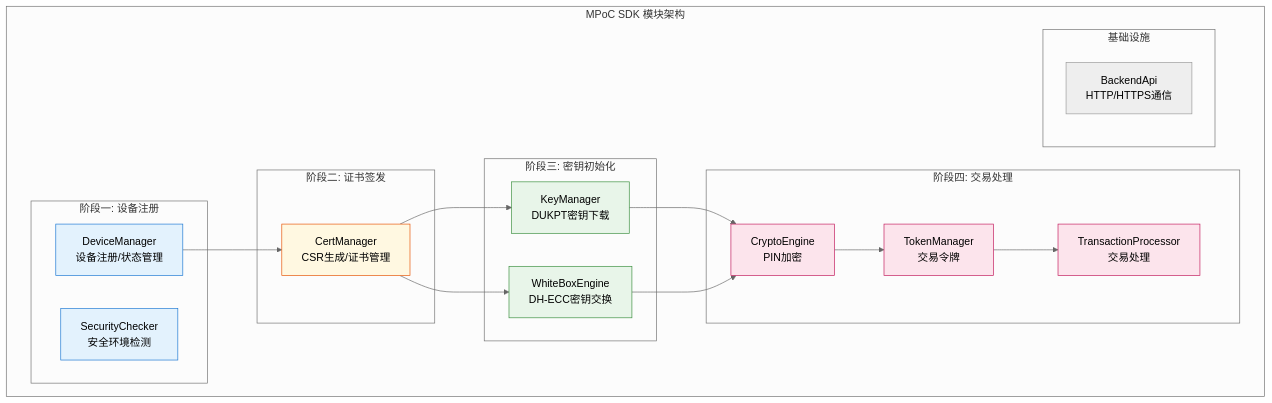
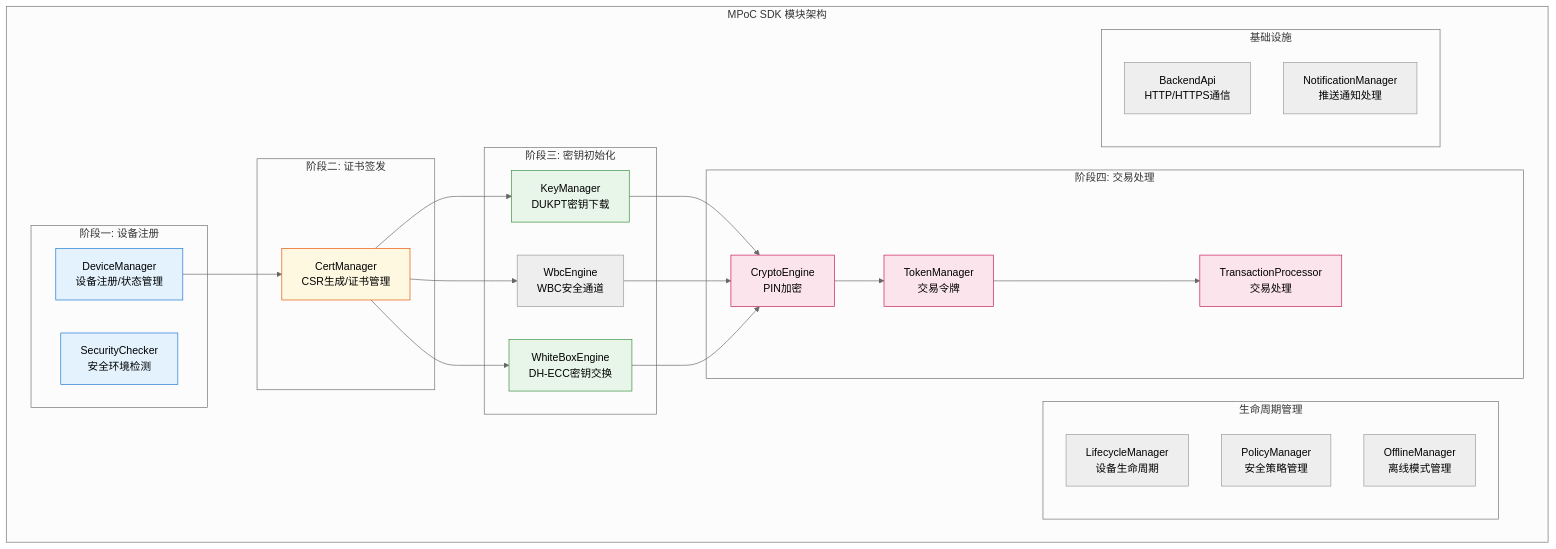
The second of 22 diagrams in solution/MPOC_SDK_API_GUIDE.md (kevinwangl/sunbay-softpos-docs), drawn with Mermaid (neutral theme) before and after one commit. The commit also changed other lines of this file, not shown here.

````diff
--- a/solution/MPOC_SDK_API_GUIDE.md
+++ b/solution/MPOC_SDK_API_GUIDE.md
@@ -161,45 +270,55 @@
 ```mermaid
 graph TB
     subgraph "MPoC SDK 模块架构"
         subgraph "阶段一: 设备注册"
             DM[DeviceManager<br/>设备注册/状态管理]
             SC[SecurityChecker<br/>安全环境检测]
         end
         
         subgraph "阶段二: 证书签发"
             CM[CertManager<br/>CSR生成/证书管理]
         end
         
         subgraph "阶段三: 密钥初始化"
             KM[KeyManager<br/>DUKPT密钥下载]
+            WE[WbcEngine<br/>WBC安全通道]
             WB[WhiteBoxEngine<br/>DH-ECC密钥交换]
         end
         
         subgraph "阶段四: 交易处理"
             CE[CryptoEngine<br/>PIN加密]
             TM[TokenManager<br/>交易令牌]
             TP[TransactionProcessor<br/>交易处理]
         end
         
+        subgraph "生命周期管理"
+            LM[LifecycleManager<br/>设备生命周期]
+            PM[PolicyManager<br/>安全策略管理]
+            OM[OfflineManager<br/>离线模式管理]
+        end
+        
         subgraph "基础设施"
             BA[BackendApi<br/>HTTP/HTTPS通信]
+            NM[NotificationManager<br/>推送通知处理]
         end
     end
     
     DM --> CM
     CM --> KM
+    CM --> WE
     CM --> WB
     KM --> CE
+    WE --> CE
     WB --> CE
     CE --> TM
     TM --> TP
     
     style DM fill:#e3f2fd,stroke:#1976d2
     style SC fill:#e3f2fd,stroke:#1976d2
     style CM fill:#fff8e1,stroke:#e65100
     style KM fill:#e8f5e9,stroke:#388e3c
     style WB fill:#e8f5e9,stroke:#388e3c
     style CE fill:#fce4ec,stroke:#c2185b
     style TM fill:#fce4ec,stroke:#c2185b
     style TP fill:#fce4ec,stroke:#c2185b
 ```
````
